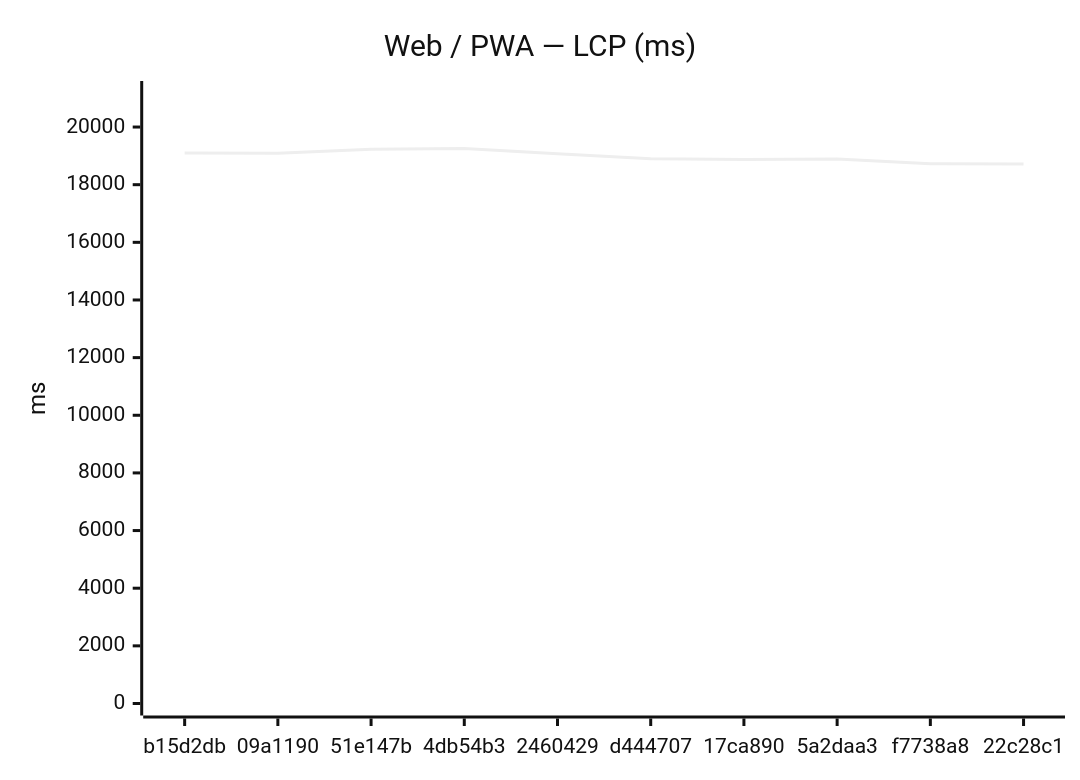
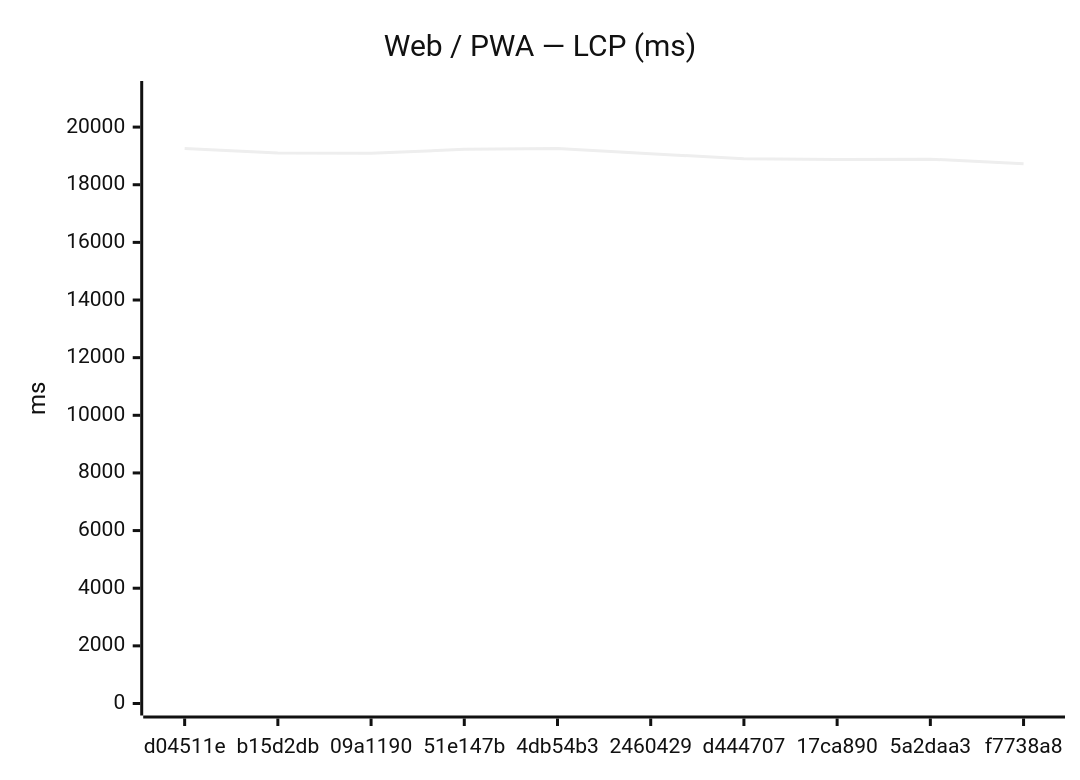
Before and after one commit to Metaheurist/Rianell: the first of 18 diagrams in benchmarks/compare.md, drawn with Mermaid (neutral theme). The commit also changed other lines of this file and 11 other files, not shown here.

````diff
--- a/benchmarks/compare.md
+++ b/benchmarks/compare.md
@@ -24,7 +24,7 @@
 ```mermaid
 xychart-beta
     title "Web / PWA — LCP (ms)"
-    x-axis ["b15d2db", "09a1190", "51e147b", "4db54b3", "2460429", "d444707", "17ca890", "5a2daa3", "f7738a8", "22c28c1"]
-    y-axis "ms" 0 --> 21181
-    line [19097, 19090, 19227, 19255, 19076, 18898, 18874, 18888, 18728, 18722]
+    x-axis ["d04511e", "b15d2db", "09a1190", "51e147b", "4db54b3", "2460429", "d444707", "17ca890", "5a2daa3", "f7738a8"]
+    y-axis "ms" 0 --> 21183
+    line [19257, 19097, 19090, 19227, 19255, 19076, 18898, 18874, 18888, 18728]
 ```
````
